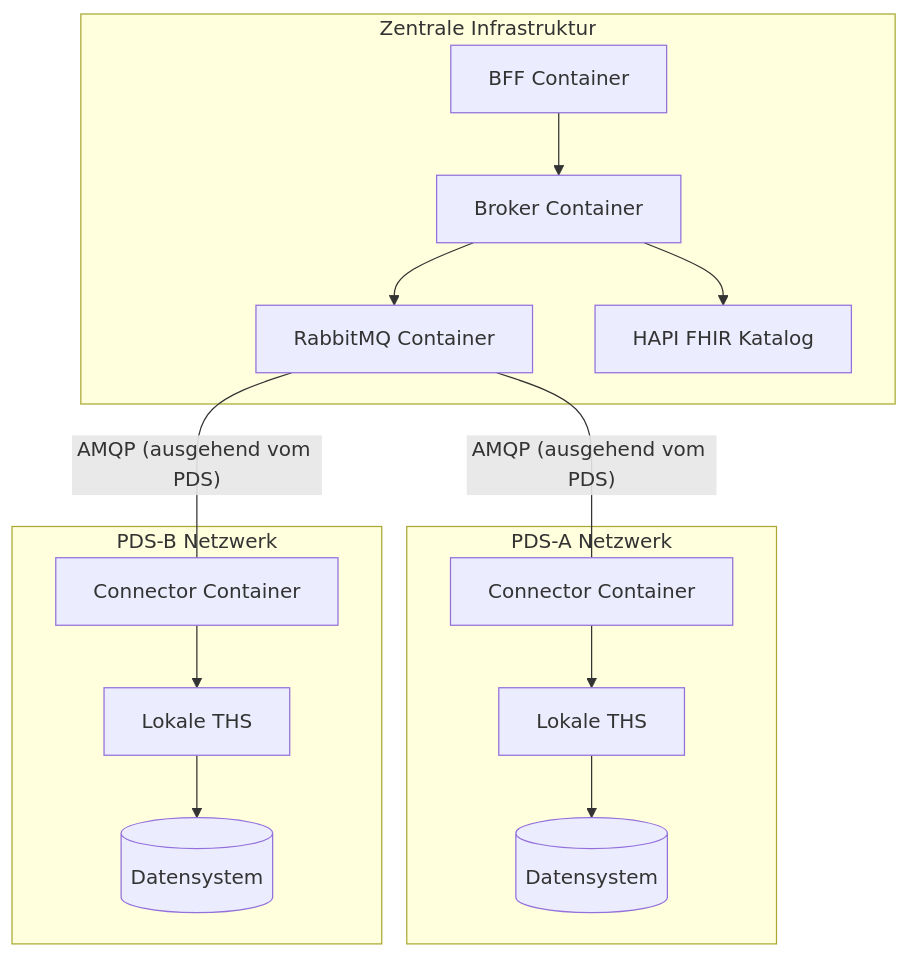
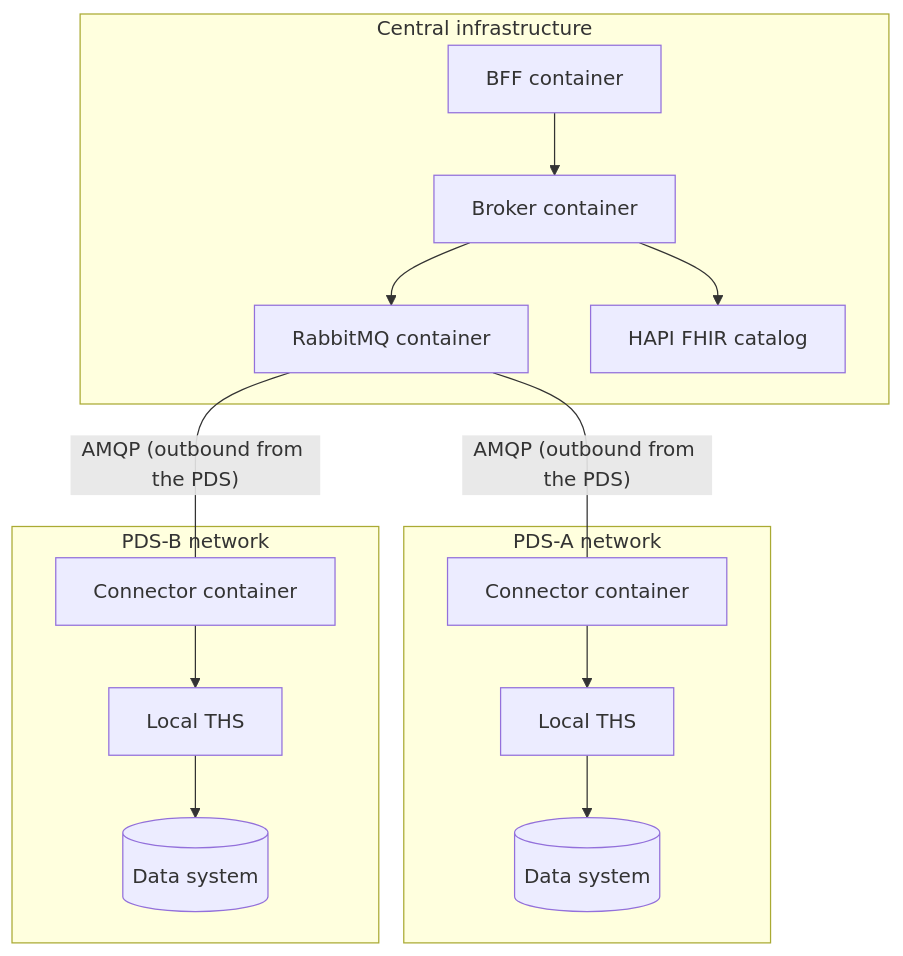
The seventh of 9 diagrams in docs/ARCHITECTURE.md (forschungsgruppe-digital-health/pds-query-broker), drawn with Mermaid before and after one commit. The commit also changed other lines of this file and 40 other files, not shown here.

````diff
--- a/docs/ARCHITECTURE.md
+++ b/docs/ARCHITECTURE.md
@@ -301,28 +301,28 @@
 ```mermaid
 graph TB
-    subgraph "Zentrale Infrastruktur"
-        BFF_NODE["BFF Container"]
-        BROKER_NODE["Broker Container"]
-        MQ_NODE["RabbitMQ Container"]
-        CAT_NODE["HAPI FHIR Katalog"]
+    subgraph "Central infrastructure"
+        BFF_NODE["BFF container"]
+        BROKER_NODE["Broker container"]
+        MQ_NODE["RabbitMQ container"]
+        CAT_NODE["HAPI FHIR catalog"]
     end
 
-    subgraph "PDS-A Netzwerk"
-        CONN_A_NODE["Connector Container"]
-        THS_A["Lokale THS"]
-        DB_A[("Datensystem")]
+    subgraph "PDS-A network"
+        CONN_A_NODE["Connector container"]
+        THS_A["Local THS"]
+        DB_A[("Data system")]
     end
 
-    subgraph "PDS-B Netzwerk"
-        CONN_B_NODE["Connector Container"]
-        THS_B["Lokale THS"]
-        DB_B[("Datensystem")]
+    subgraph "PDS-B network"
+        CONN_B_NODE["Connector container"]
+        THS_B["Local THS"]
+        DB_B[("Data system")]
     end
 
     BFF_NODE --> BROKER_NODE --> MQ_NODE
     BROKER_NODE --> CAT_NODE
-    MQ_NODE ---|"AMQP (ausgehend vom PDS)"| CONN_A_NODE
-    MQ_NODE ---|"AMQP (ausgehend vom PDS)"| CONN_B_NODE
+    MQ_NODE ---|"AMQP (outbound from the PDS)"| CONN_A_NODE
+    MQ_NODE ---|"AMQP (outbound from the PDS)"| CONN_B_NODE
     CONN_A_NODE --> THS_A --> DB_A
     CONN_B_NODE --> THS_B --> DB_B
 ```
````
